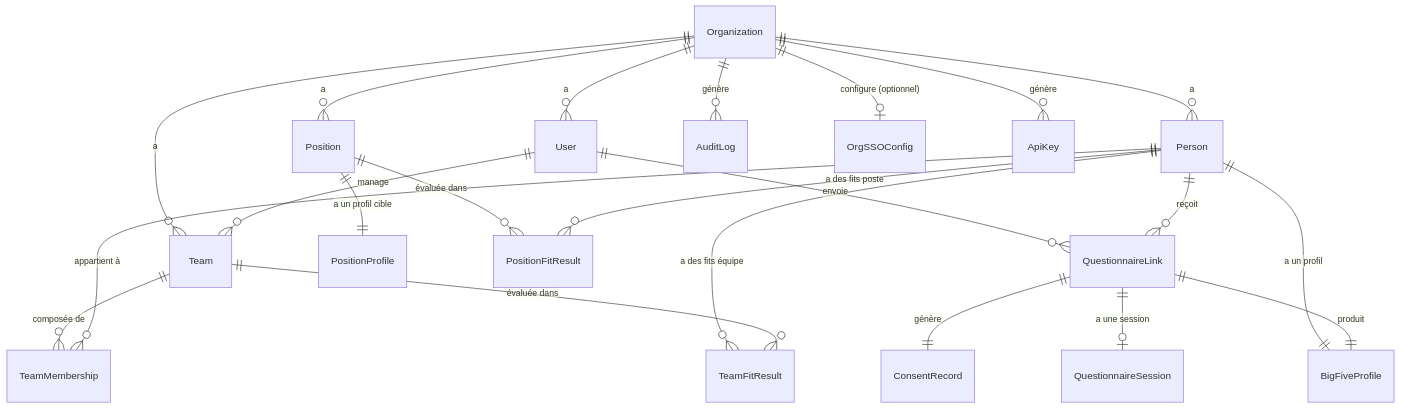
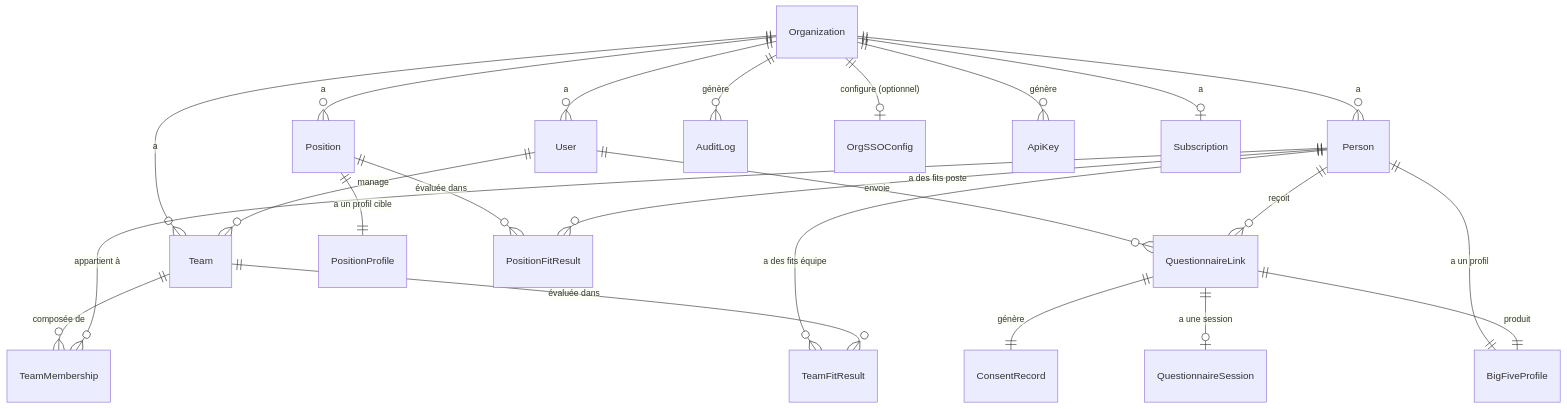
The diagram in docs/technical/schema.md (adams43360/FitRadarHR), drawn with Mermaid before and after one commit. The commit also changed other lines of this file and 34 other files, not shown here.

Commit message:
feat(billing): essai gratuit 14 jours + abonnement Stripe (roadmap V3 #2, US-E1-07)

````diff
--- a/docs/technical/schema.md
+++ b/docs/technical/schema.md
@@ -10,32 +10,33 @@
 ```mermaid
 erDiagram
 
     Organization ||--o{ User : "a"
     Organization ||--o{ Position : "a"
     Organization ||--o{ Team : "a"
     Organization ||--o{ Person : "a"
     Organization ||--o{ AuditLog : "génère"
     Organization ||--o| OrgSSOConfig : "configure (optionnel)"
     Organization ||--o{ ApiKey : "génère"
+    Organization ||--o| Subscription : "a"
 
     User ||--o{ Team : "manage"
     User ||--o{ QuestionnaireLink : "envoie"
 
     Position ||--|| PositionProfile : "a un profil cible"
     Position ||--o{ PositionFitResult : "évaluée dans"
 
     Team ||--o{ TeamMembership : "composée de"
     Person ||--o{ TeamMembership : "appartient à"
 
     Person ||--o{ QuestionnaireLink : "reçoit"
     Person ||--|| BigFiveProfile : "a un profil"
 
     QuestionnaireLink ||--|| ConsentRecord : "génère"
     QuestionnaireLink ||--o| QuestionnaireSession : "a une session"
     QuestionnaireLink ||--|| BigFiveProfile : "produit"
 
     Person ||--o{ PositionFitResult : "a des fits poste"
     Person ||--o{ TeamFitResult : "a des fits équipe"
 
     Team ||--o{ TeamFitResult : "évaluée dans"
 ```
````
